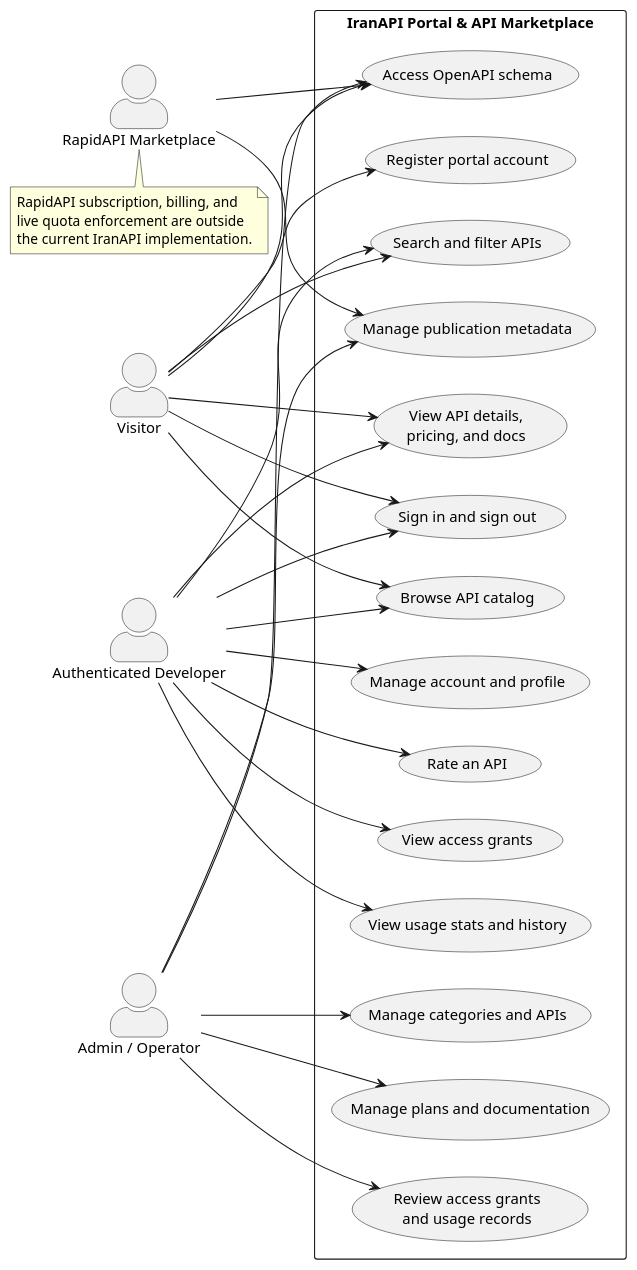
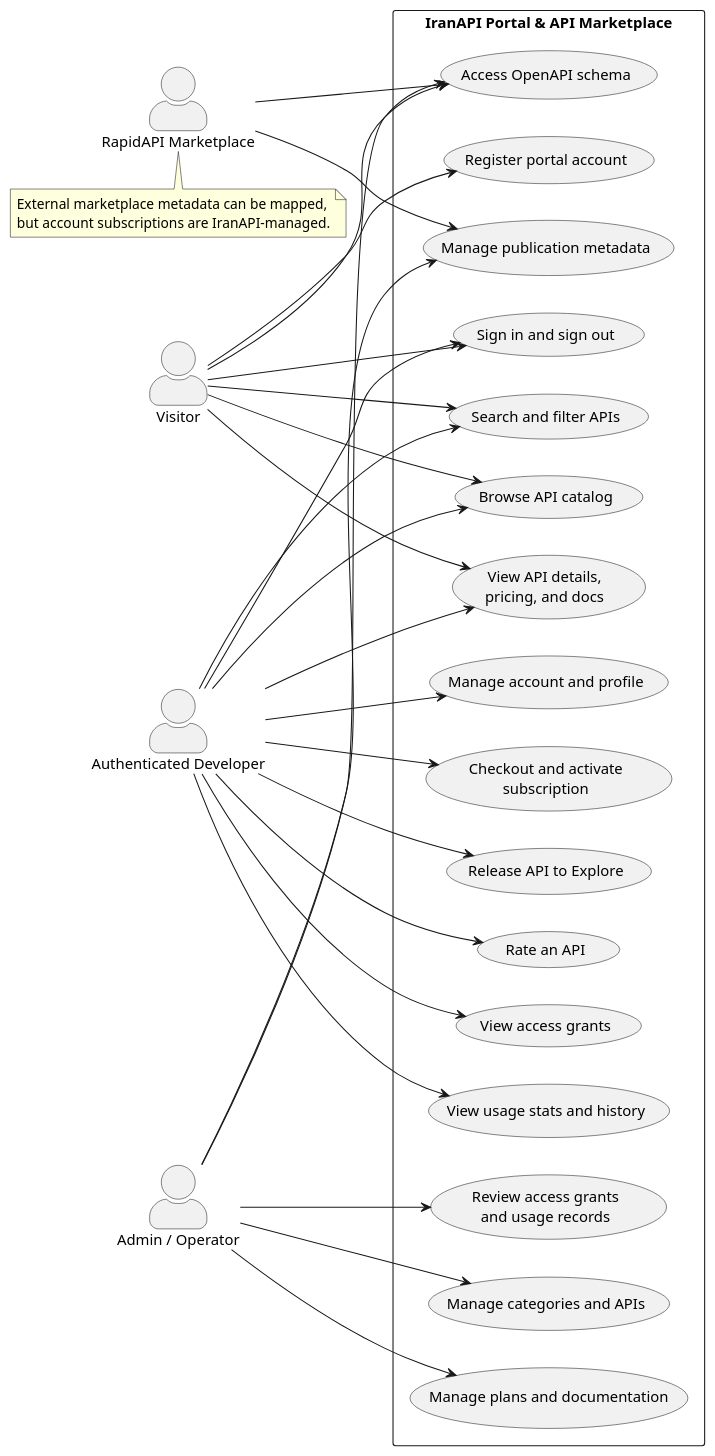
One commit to codeeefactory/IranAPI-main changed the diagram in docs/use-case-diagram.puml. Above: the diagram before and after it, drawn with PlantUML. The commit also changed 2 other files, not shown here.

Commit message:
docs: update subscription API notes
Refs #142, #230-#234.

```diff
--- a/docs/use-case-diagram.puml
+++ b/docs/use-case-diagram.puml
@@ -1,59 +1,62 @@
 @startuml
 left to right direction
 skinparam shadowing false
 skinparam packageStyle rectangle
 skinparam actorStyle awesome
 
 actor Visitor
 actor "Authenticated Developer" as Developer
 actor "Admin / Operator" as Admin
 actor "RapidAPI Marketplace" as RapidAPI
 
 rectangle "IranAPI Portal & API Marketplace" {
   usecase "Browse API catalog" as UC_Catalog
   usecase "Search and filter APIs" as UC_Search
   usecase "View API details,\npricing, and docs" as UC_View
   usecase "Register portal account" as UC_Register
   usecase "Sign in and sign out" as UC_Auth
   usecase "Manage account and profile" as UC_Profile
+  usecase "Checkout and activate\nsubscription" as UC_Subscribe
+  usecase "Release API to Explore" as UC_Publish
   usecase "Rate an API" as UC_Rate
   usecase "View access grants" as UC_Access
   usecase "View usage stats and history" as UC_Usage
   usecase "Access OpenAPI schema" as UC_Schema
   usecase "Manage categories and APIs" as UC_CatalogAdmin
   usecase "Manage plans and documentation" as UC_ContentAdmin
   usecase "Manage publication metadata" as UC_PublishAdmin
   usecase "Review access grants\nand usage records" as UC_AccessAdmin
 }
 
 Visitor --> UC_Catalog
 Visitor --> UC_Search
 Visitor --> UC_View
 Visitor --> UC_Register
 Visitor --> UC_Auth
 Visitor --> UC_Schema
 
 Developer --> UC_Catalog
 Developer --> UC_Search
 Developer --> UC_View
 Developer --> UC_Auth
 Developer --> UC_Profile
+Developer --> UC_Subscribe
+Developer --> UC_Publish
 Developer --> UC_Rate
 Developer --> UC_Access
 Developer --> UC_Usage
 
 Admin --> UC_Schema
 Admin --> UC_CatalogAdmin
 Admin --> UC_ContentAdmin
 Admin --> UC_PublishAdmin
 Admin --> UC_AccessAdmin
 
 RapidAPI --> UC_Schema
 RapidAPI --> UC_PublishAdmin
 
 note bottom of RapidAPI
-RapidAPI subscription, billing, and
-live quota enforcement are outside
-the current IranAPI implementation.
+External marketplace metadata can be mapped,
+but account subscriptions are IranAPI-managed.
 end note
 @enduml
```
